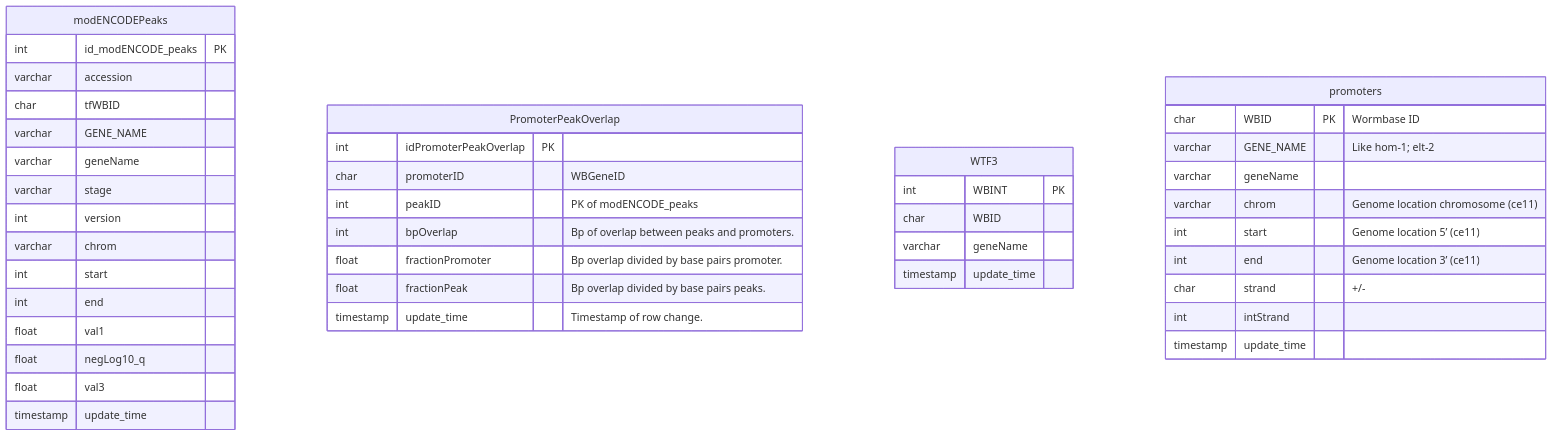
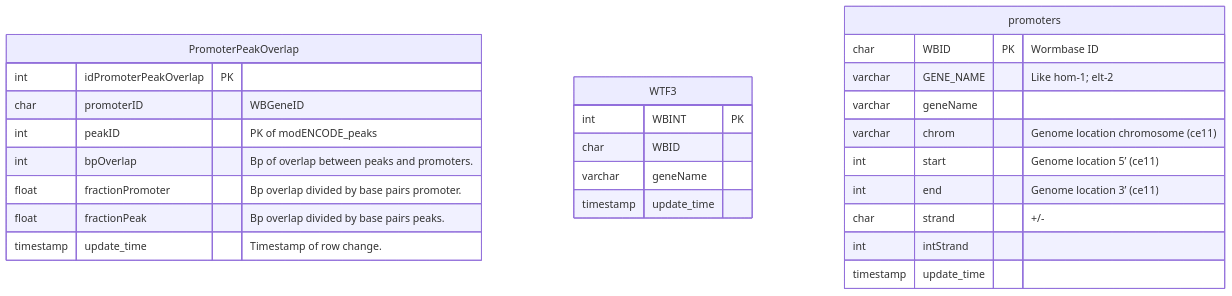
Before and after one commit to meekrob/OnishRDB: the fifth of 6 diagrams in README.md, drawn with Mermaid.

````diff
--- a/README.md
+++ b/README.md
@@ -273,52 +297,33 @@
 ```mermaid
 erDiagram
-
-modENCODEPeaks {
-int id_modENCODE_peaks PK
-varchar accession 
-char tfWBID 
-varchar GENE_NAME 
-varchar geneName 
-varchar stage 
-int version 
-varchar chrom 
-int start 
-int end 
-float val1 
-float negLog10_q 
-float val3 
-timestamp update_time 
-}
-
-
 
 PromoterPeakOverlap {
 int idPromoterPeakOverlap PK ""
 char promoterID  "WBGeneID"
 int peakID  "PK of modENCODE_peaks"
 int bpOverlap  "Bp of overlap between peaks and promoters."
 float fractionPromoter  "Bp overlap divided by base pairs promoter."
 float fractionPeak  "Bp overlap divided by base pairs peaks."
 timestamp update_time  "Timestamp of row change."
 }
 
 WTF3 {
 int WBINT PK
 char WBID 
 varchar geneName 
 timestamp update_time 
 }
 
 promoters {
 char WBID PK "Wormbase ID"
 varchar GENE_NAME  "Like hom-1; elt-2"
 varchar geneName  ""
 varchar chrom  "Genome location chromosome (ce11)"
 int start  "Genome location 5’  (ce11)"
 int end  "Genome location 3’ (ce11)"
 char strand  "+/-"
 int intStrand  ""
 timestamp update_time  ""
 }
 
 ```
````
